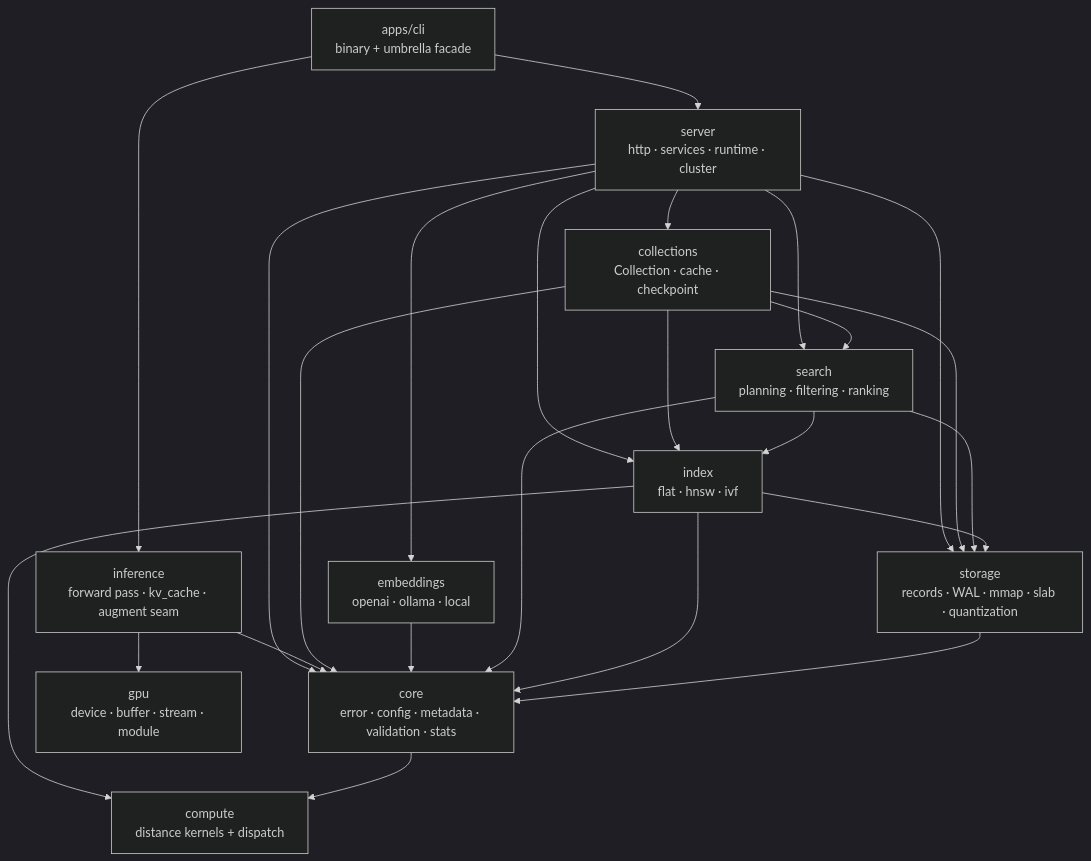
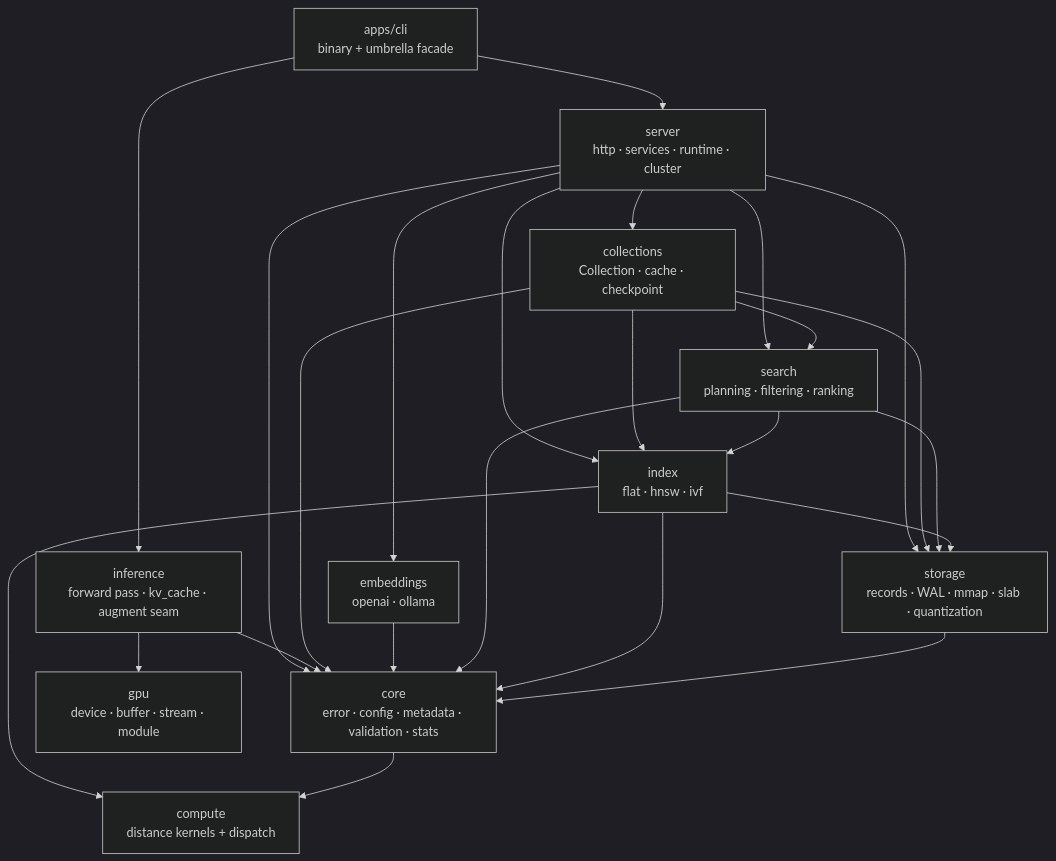
One commit to ashworks1706/Piramid changed the first of 3 diagrams in docs/ARCHITECTURE.md. Above: the diagram before and after it, drawn with Mermaid (dark theme). The commit also changed other lines of this file and 122 other files, not shown here.

````diff
--- a/docs/ARCHITECTURE.md
+++ b/docs/ARCHITECTURE.md
@@ -75,38 +75,38 @@
 ```mermaid
 flowchart TD
     CLI[apps/cli<br/>binary + umbrella facade]
     Server[server<br/>http · services · runtime · cluster]
     Inference[inference<br/>forward pass · kv_cache · augment seam]
     Collections[collections<br/>Collection · cache · checkpoint]
-    Embeddings[embeddings<br/>openai · ollama · local]
+    Embeddings[embeddings<br/>openai · ollama]
     Search[search<br/>planning · filtering · ranking]
     Index[index<br/>flat · hnsw · ivf]
     Storage[storage<br/>records · WAL · mmap · slab · quantization]
     Core[core<br/>error · config · metadata · validation · stats]
     Compute[compute<br/>distance kernels + dispatch]
     Gpu[gpu<br/>device · buffer · stream · module]
 
     CLI --> Server
     CLI --> Inference
     Server --> Collections
     Server --> Embeddings
     Server --> Search
     Server --> Index
     Server --> Storage
     Server --> Core
     Inference --> Gpu
     Inference --> Core
     Collections --> Search
     Collections --> Index
     Collections --> Storage
     Collections --> Core
     Embeddings --> Core
     Search --> Index
     Search --> Storage
     Search --> Core
     Index --> Storage
     Index --> Core
     Index --> Compute
     Storage --> Core
     Core --> Compute
 ```
````
